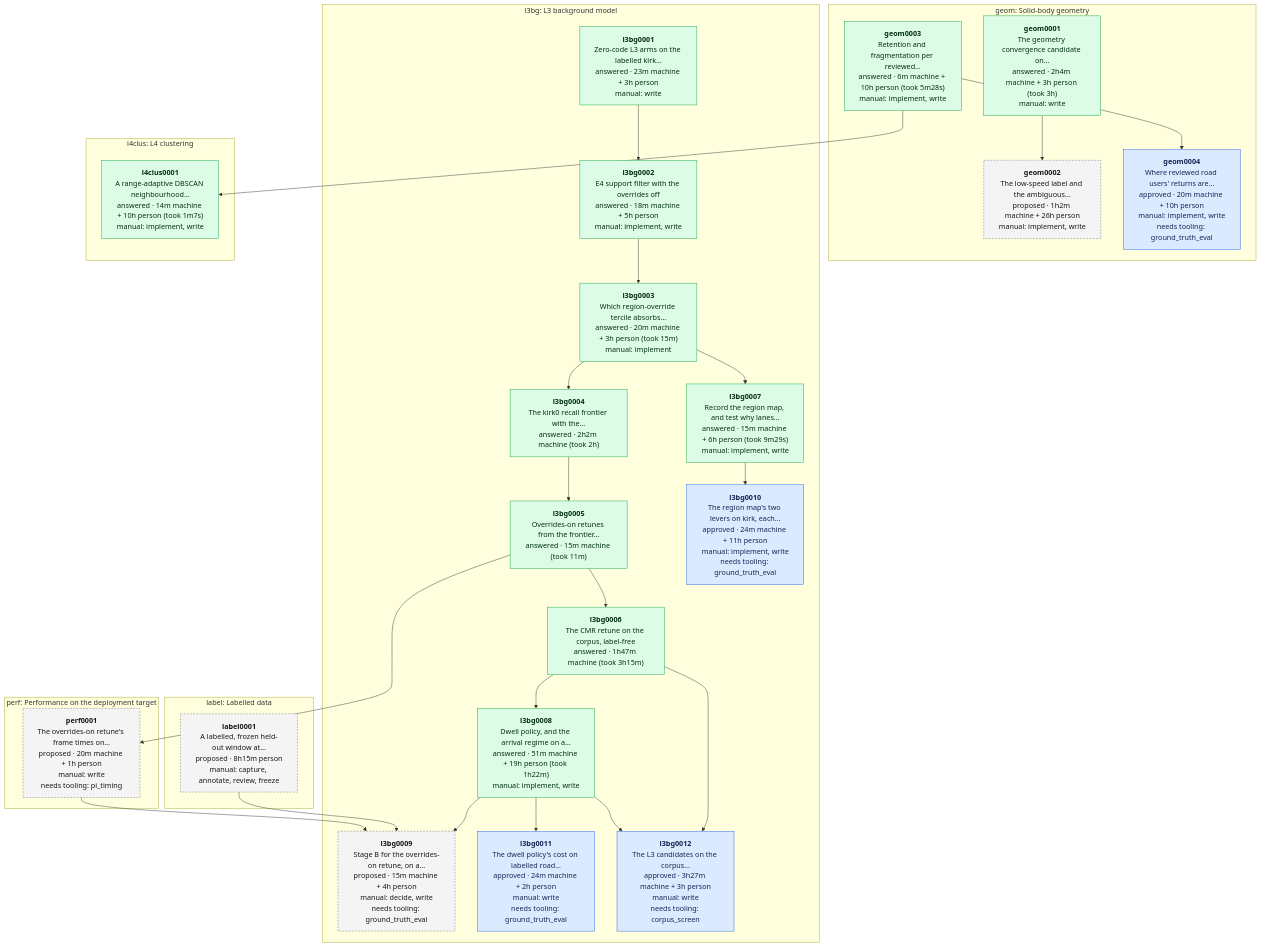
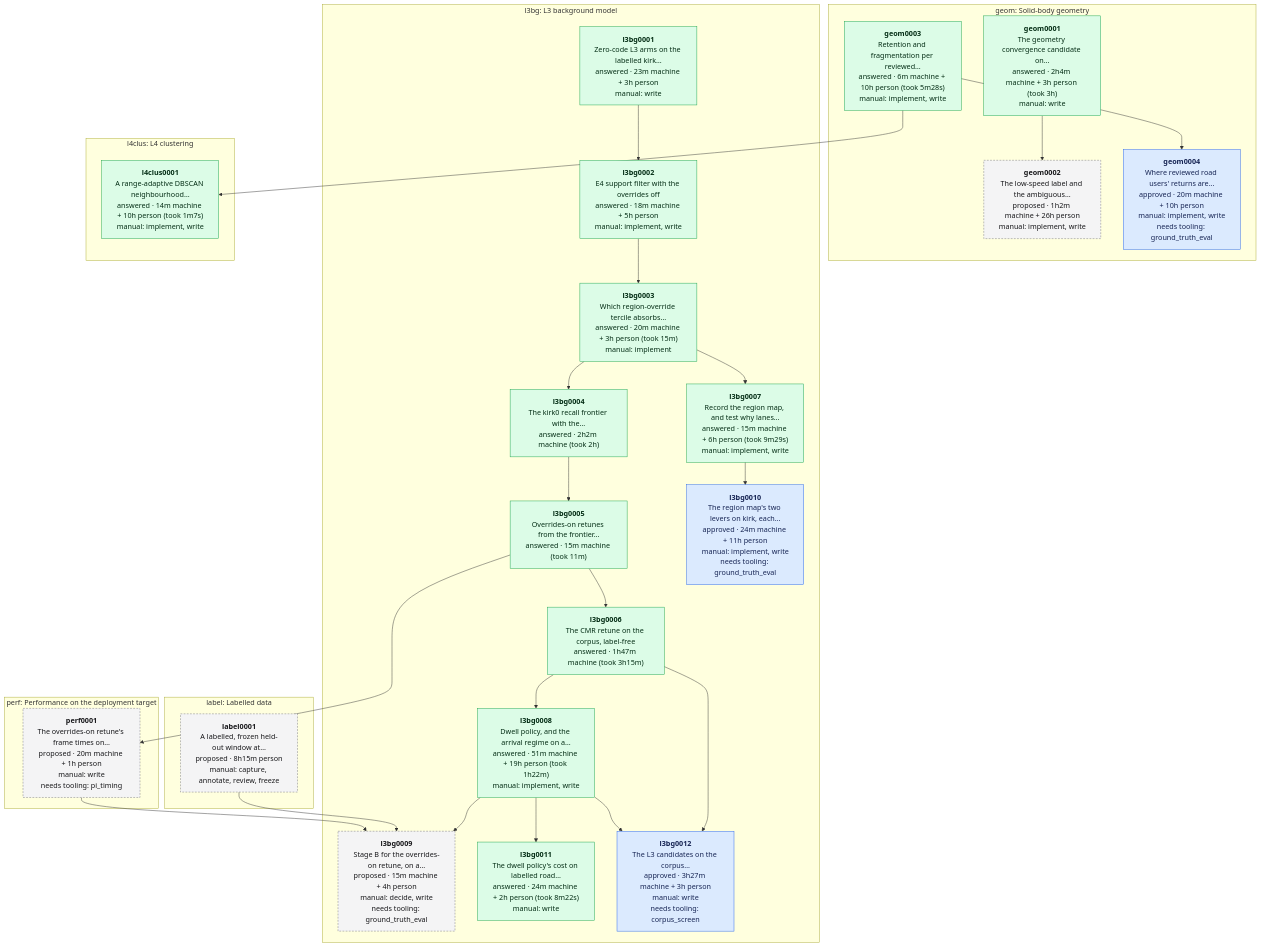
The diagram in data/experiments/DEPENDENCIES.md (banshee-data/velocity.report), drawn with Mermaid before and after one commit. The commit also changed other lines of this file and 4 other files, not shown here.

Commit message:
[ai][docs] l3bg0011 answered; link its report from LIDAR.md, the dwell report and the devlog

````diff
--- a/data/experiments/DEPENDENCIES.md
+++ b/data/experiments/DEPENDENCIES.md
@@ -7,54 +7,54 @@
 ```mermaid
 flowchart TB
   classDef proposed fill:#f4f4f5,stroke:#71717a,stroke-dasharray:4 3,color:#18181b
   classDef approved fill:#dbeafe,stroke:#2563eb,color:#172554
   classDef answered fill:#dcfce7,stroke:#16a34a,color:#052e16
   classDef retired fill:#fafafa,stroke:#d4d4d8,color:#71717a
   subgraph area_geom ["geom: Solid-body geometry"]
     geom0001["<b>geom0001</b><br/>The geometry convergence candidate on…<br/>answered · 2h4m machine + 3h person (took 3h)<br/>manual: write"]:::answered
     geom0002["<b>geom0002</b><br/>The low-speed label and the ambiguous…<br/>proposed · 1h2m machine + 26h person<br/>manual: implement, write"]:::proposed
     geom0003["<b>geom0003</b><br/>Retention and fragmentation per reviewed…<br/>answered · 6m machine + 10h person (took 5m28s)<br/>manual: implement, write"]:::answered
     geom0004["<b>geom0004</b><br/>Where reviewed road users' returns are…<br/>approved · 20m machine + 10h person<br/>manual: implement, write<br/>needs tooling: ground_truth_eval"]:::approved
   end
   subgraph area_l3bg ["l3bg: L3 background model"]
     l3bg0001["<b>l3bg0001</b><br/>Zero-code L3 arms on the labelled kirk…<br/>answered · 23m machine + 3h person<br/>manual: write"]:::answered
     l3bg0002["<b>l3bg0002</b><br/>E4 support filter with the overrides off<br/>answered · 18m machine + 5h person<br/>manual: implement, write"]:::answered
     l3bg0003["<b>l3bg0003</b><br/>Which region-override tercile absorbs…<br/>answered · 20m machine + 3h person (took 15m)<br/>manual: implement"]:::answered
     l3bg0004["<b>l3bg0004</b><br/>The kirk0 recall frontier with the…<br/>answered · 2h2m machine (took 2h)"]:::answered
     l3bg0005["<b>l3bg0005</b><br/>Overrides-on retunes from the frontier…<br/>answered · 15m machine (took 11m)"]:::answered
     l3bg0006["<b>l3bg0006</b><br/>The CMR retune on the corpus, label-free<br/>answered · 1h47m machine (took 3h15m)"]:::answered
     l3bg0007["<b>l3bg0007</b><br/>Record the region map, and test why lanes…<br/>answered · 15m machine + 6h person (took 9m29s)<br/>manual: implement, write"]:::answered
     l3bg0008["<b>l3bg0008</b><br/>Dwell policy, and the arrival regime on a…<br/>answered · 51m machine + 19h person (took 1h22m)<br/>manual: implement, write"]:::answered
     l3bg0009["<b>l3bg0009</b><br/>Stage B for the overrides-on retune, on a…<br/>proposed · 15m machine + 4h person<br/>manual: decide, write<br/>needs tooling: ground_truth_eval"]:::proposed
     l3bg0010["<b>l3bg0010</b><br/>The region map's two levers on kirk, each…<br/>approved · 24m machine + 11h person<br/>manual: implement, write<br/>needs tooling: ground_truth_eval"]:::approved
-    l3bg0011["<b>l3bg0011</b><br/>The dwell policy's cost on labelled road…<br/>approved · 24m machine + 2h person<br/>manual: write<br/>needs tooling: ground_truth_eval"]:::approved
+    l3bg0011["<b>l3bg0011</b><br/>The dwell policy's cost on labelled road…<br/>answered · 24m machine + 2h person (took 8m22s)<br/>manual: write"]:::answered
     l3bg0012["<b>l3bg0012</b><br/>The L3 candidates on the corpus…<br/>approved · 3h27m machine + 3h person<br/>manual: write<br/>needs tooling: corpus_screen"]:::approved
   end
   subgraph area_l4clus ["l4clus: L4 clustering"]
     l4clus0001["<b>l4clus0001</b><br/>A range-adaptive DBSCAN neighbourhood…<br/>answered · 14m machine + 10h person (took 1m7s)<br/>manual: implement, write"]:::answered
   end
   subgraph area_label ["label: Labelled data"]
     label0001["<b>label0001</b><br/>A labelled, frozen held-out window at…<br/>proposed · 8h15m person<br/>manual: capture, annotate, review, freeze"]:::proposed
   end
   subgraph area_perf ["perf: Performance on the deployment target"]
     perf0001["<b>perf0001</b><br/>The overrides-on retune's frame times on…<br/>proposed · 20m machine + 1h person<br/>manual: write<br/>needs tooling: pi_timing"]:::proposed
   end
   geom0001 --> geom0002
   geom0003 --> geom0004
   l3bg0001 --> l3bg0002
   l3bg0002 --> l3bg0003
   l3bg0003 --> l3bg0004
   l3bg0004 --> l3bg0005
   l3bg0005 --> l3bg0006
   l3bg0003 --> l3bg0007
   l3bg0006 --> l3bg0008
   l3bg0008 --> l3bg0009
   label0001 --> l3bg0009
   perf0001 --> l3bg0009
   l3bg0007 --> l3bg0010
   l3bg0008 --> l3bg0011
   l3bg0006 --> l3bg0012
   l3bg0008 --> l3bg0012
   geom0003 --> l4clus0001
   l3bg0005 --> perf0001
 ```
````
